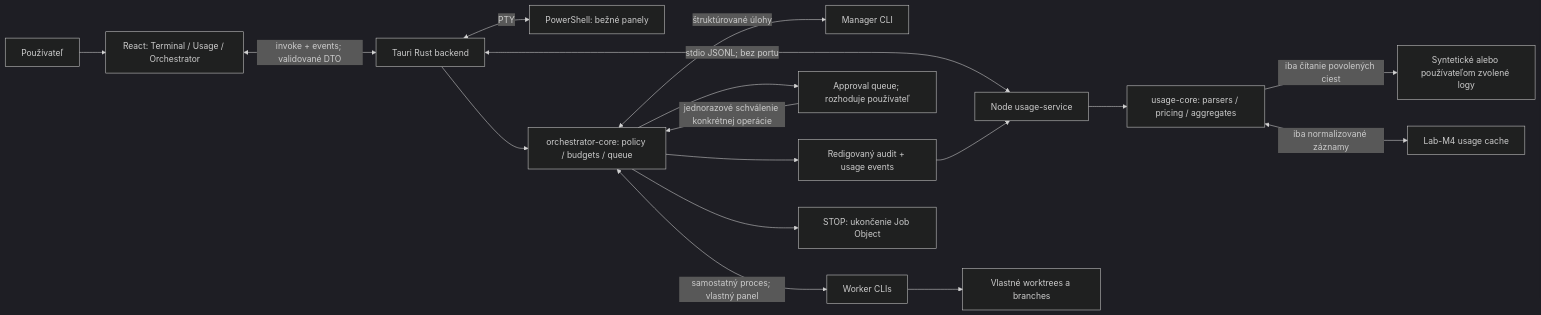
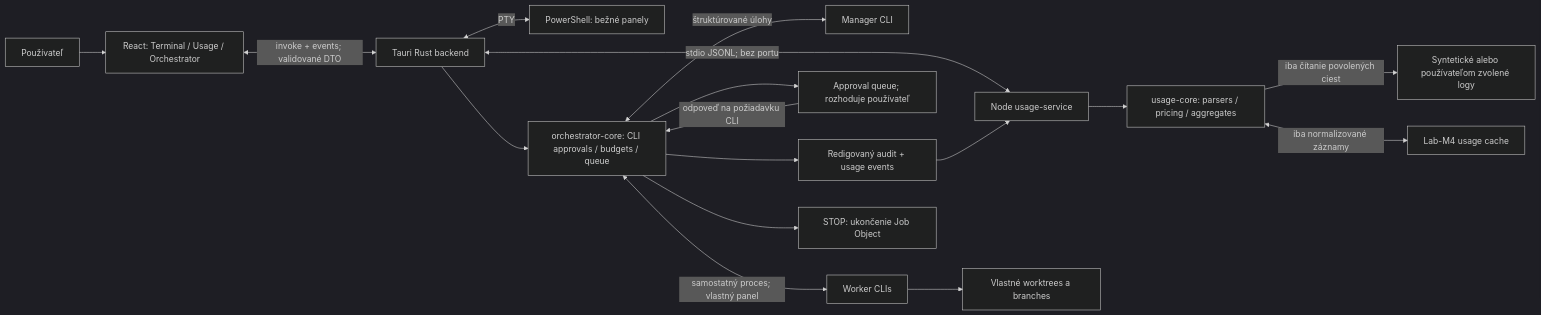
One commit to Wondris404/Lab-M4 changed the diagram in docs/PLAN-lab-m4.md. Above: the diagram before and after it, drawn with Mermaid (dark theme). The commit also changed other lines of this file, not shown here.

Commit message:
docs: revise orchestrator approval modes

````diff
--- a/docs/PLAN-lab-m4.md
+++ b/docs/PLAN-lab-m4.md
@@ -505,19 +504,19 @@
 ```mermaid
 flowchart LR
   U[Používateľ] --> UI[React: Terminal / Usage / Orchestrator]
   UI <-->|invoke + events; validované DTO| R[Tauri Rust backend]
   R <-->|PTY| PS[PowerShell: bežné panely]
   R <-->|stdio JSONL; bez portu| US[Node usage-service]
   US --> UC[usage-core: parsers / pricing / aggregates]
   UC -->|iba čítanie povolených ciest| AL[Syntetické alebo používateľom zvolené logy]
   UC <-->|iba normalizované záznamy| DB[Lab-M4 usage cache]
-  R --> OC[orchestrator-core: policy / budgets / queue]
+  R --> OC[orchestrator-core: CLI approvals / budgets / queue]
   OC <-->|štruktúrované úlohy| M[Manager CLI]
   OC <-->|samostatný proces; vlastný panel| WK[Worker CLIs]
   WK --> WT[Vlastné worktrees a branches]
   OC --> AQ[Approval queue; rozhoduje používateľ]
-  AQ -->|jednorazové schválenie konkrétnej operácie| OC
+  AQ -->|odpoveď na požiadavku CLI| OC
   OC --> SL[Redigovaný audit + usage events]
   SL --> US
   OC --> STOP[STOP: ukončenie Job Object]
 ```
````
